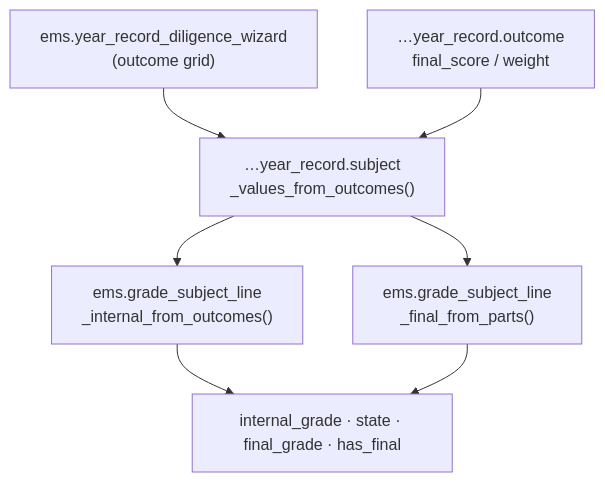
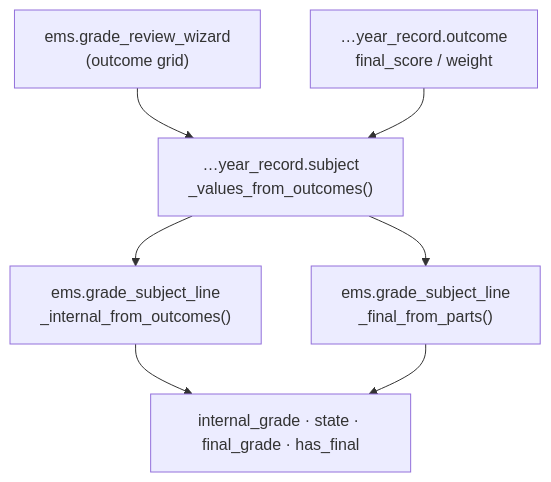
Before and after one commit to ElPuig/EMS: the third of 3 diagrams in docs/en/developers/grades/year_record.md, drawn with Mermaid. The commit also changed other lines of this file and 24 other files, not shown here.

Commit message:
Rename the diligence wizard to grade review

````diff
--- a/docs/en/developers/grades/year_record.md
+++ b/docs/en/developers/grades/year_record.md
@@ -83,9 +83,9 @@
 ```mermaid
 flowchart TD
-    W["ems.year_record_diligence_wizard<br/>(outcome grid)"] --> V
+    W["ems.grade_review_wizard<br/>(outcome grid)"] --> V
     YRO["…year_record.outcome<br/>final_score / weight"] --> V
     V["…year_record.subject<br/>_values_from_outcomes()"] --> IFO & FFP
     IFO["ems.grade_subject_line<br/>_internal_from_outcomes()"] --> R
     FFP["ems.grade_subject_line<br/>_final_from_parts()"] --> R
     R["internal_grade · state · final_grade · has_final"]
 ```
````
